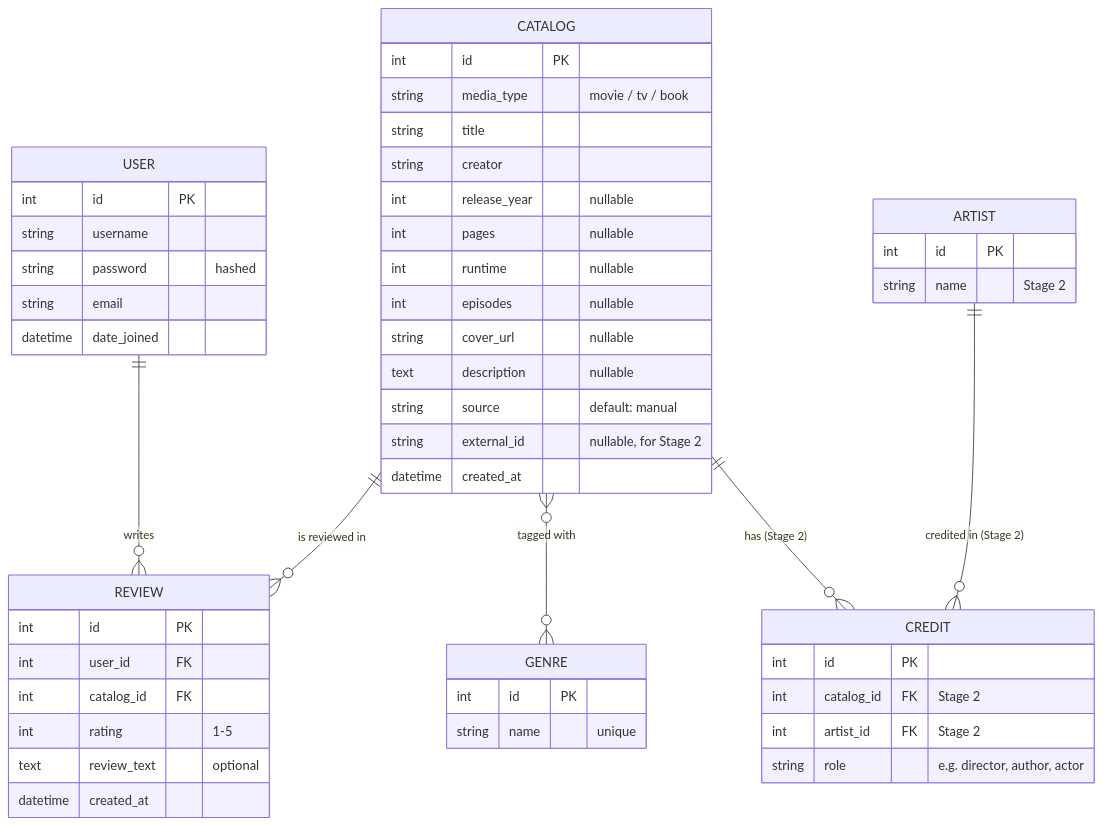
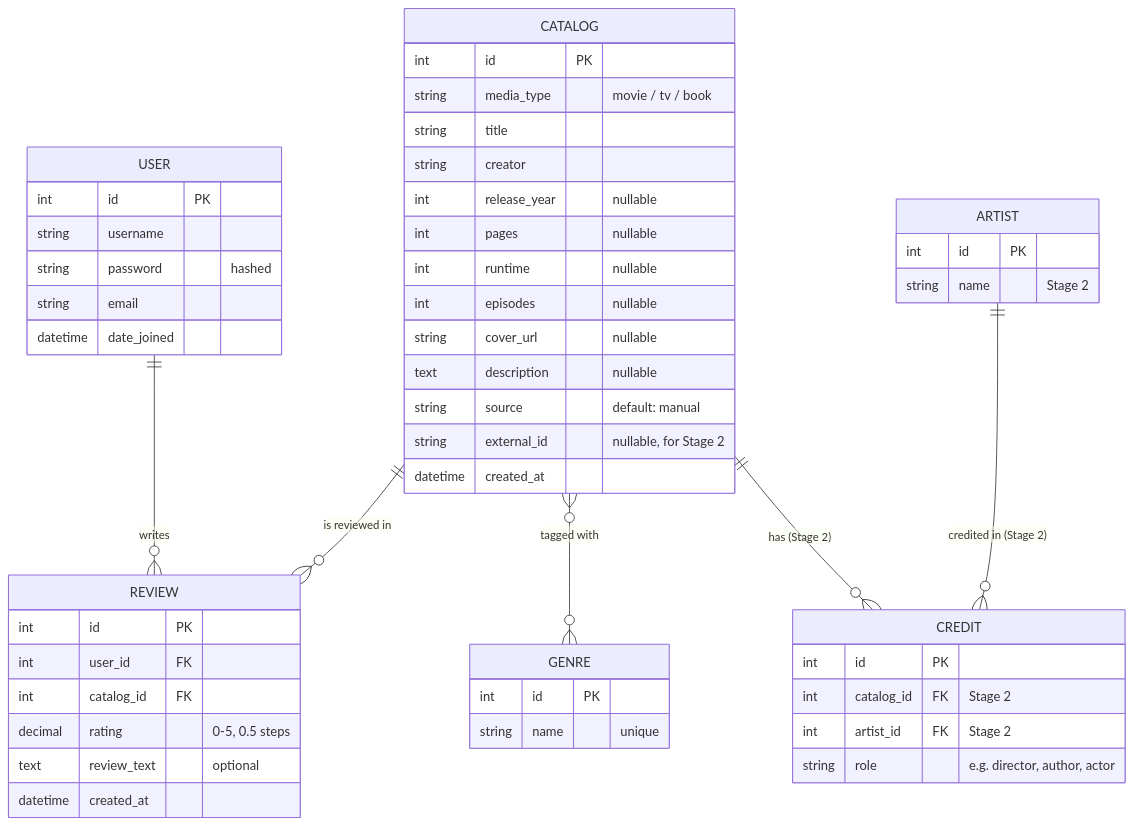
Before and after one commit to berylhu43/your_fav_literary_creation: the diagram in design.md, drawn with Mermaid. The commit also changed other lines of this file and 9 other files, not shown here.

````diff
--- a/design.md
+++ b/design.md
@@ -131,53 +131,53 @@
 ```mermaid
 erDiagram
     USER ||--o{ REVIEW : "writes"
     CATALOG ||--o{ REVIEW : "is reviewed in"
     CATALOG }o--o{ GENRE : "tagged with"
     CATALOG ||--o{ CREDIT : "has (Stage 2)"
     ARTIST ||--o{ CREDIT : "credited in (Stage 2)"
 
     USER {
         int id PK
         string username
         string password "hashed"
         string email
         datetime date_joined
     }
     CATALOG {
         int id PK
         string media_type "movie / tv / book"
         string title
         string creator
         int release_year "nullable"
         int pages "nullable"
         int runtime "nullable"
         int episodes "nullable"
         string cover_url "nullable"
         text description "nullable"
         string source "default: manual"
         string external_id "nullable, for Stage 2"
         datetime created_at
     }
     GENRE {
         int id PK
         string name "unique"
     }
     REVIEW {
         int id PK
         int user_id FK
         int catalog_id FK
-        int rating "1-5"
+        decimal rating "0-5, 0.5 steps"
         text review_text "optional"
         datetime created_at
     }
     ARTIST {
         int id PK
         string name "Stage 2"
     }
     CREDIT {
         int id PK
         int catalog_id FK "Stage 2"
         int artist_id FK "Stage 2"
         string role "e.g. director, author, actor"
     }
 ```
````
